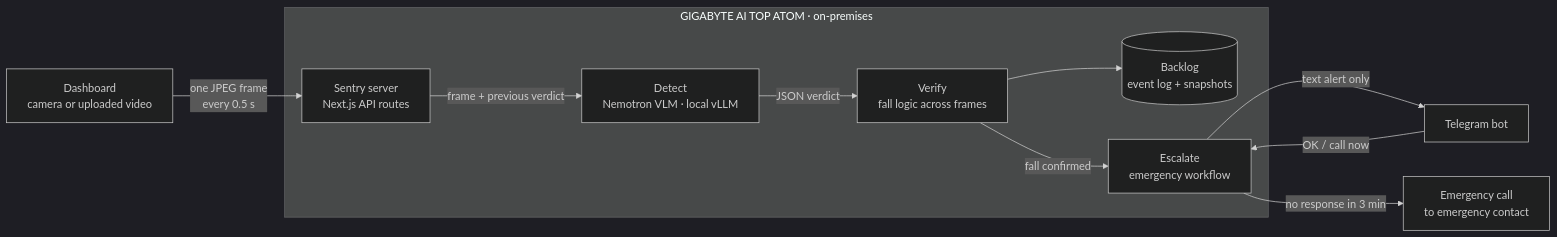
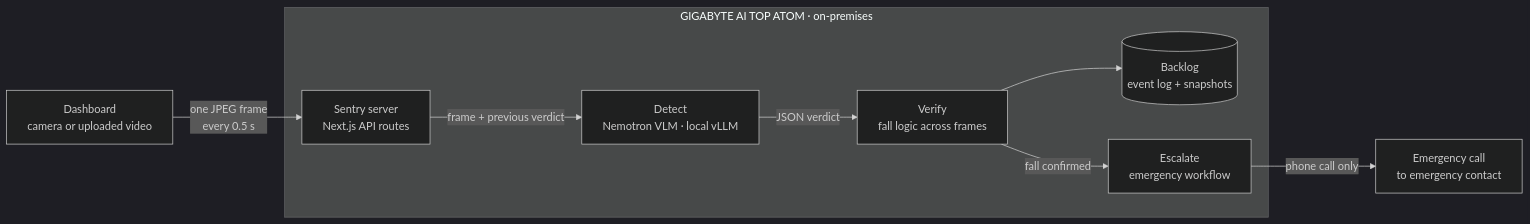
One commit to derek2403/sentry changed the second of 2 diagrams in README.md. Above: the diagram before and after it, drawn with Mermaid (dark theme). The commit also changed other lines of this file and 2 other files, not shown here.

First line of the commit message:
docs: make escalation call-only and sync pitch outline with README

````diff
--- a/README.md
+++ b/README.md
@@ -84,15 +65,13 @@
 ```mermaid
 flowchart LR
     CAM["Dashboard<br/>camera or uploaded video"] -->|"one JPEG frame<br/>every 0.5 s"| API
 
     subgraph ATOM["GIGABYTE AI TOP ATOM · on-premises"]
         API["Sentry server<br/>Next.js API routes"] -->|"frame + previous verdict"| NEM["Detect<br/>Nemotron VLM · local vLLM"]
         NEM -->|"JSON verdict"| FALL["Verify<br/>fall logic across frames"]
         FALL --> LOG[("Backlog<br/>event log + snapshots")]
         FALL -->|"fall confirmed"| WF["Escalate<br/>emergency workflow"]
     end
 
-    WF -->|text alert only| TG["Telegram bot"]
-    TG -->|OK / call now| WF
-    WF -->|no response in 3 min| CALL["Emergency call<br/>to emergency contact"]
+    WF -->|"phone call only"| CALL["Emergency call<br/>to emergency contact"]
 ```
````
